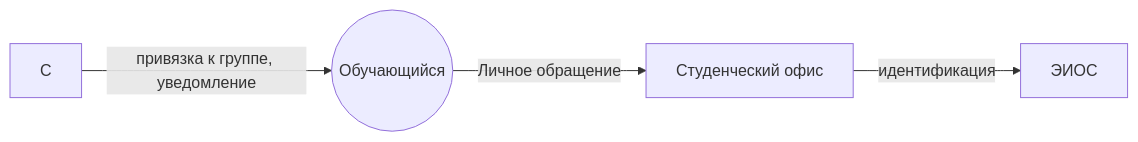
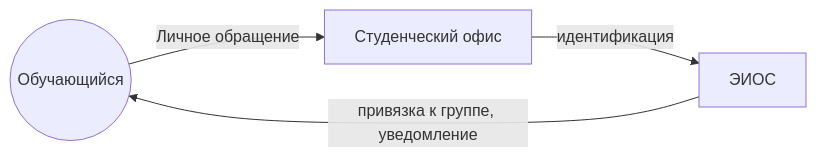
One commit to labvs/kafit.github.io changed the diagram in docs/eios/students/index.md. Above: the diagram before and after it, drawn with Mermaid.

Commit message:
try to add diagramm

````diff
--- a/docs/eios/students/index.md
+++ b/docs/eios/students/index.md
@@ -53,6 +53,6 @@
 ```mermaid
 graph LR
     A((Обучающийся)) -- Личное обращение --> B[Студенческий офис]
     B -- идентификация --> C[ЭИОС]
-    С -- привязка к группе, уведомление --> A    
+    C -- привязка к группе, уведомление --> A    
 ```
````
